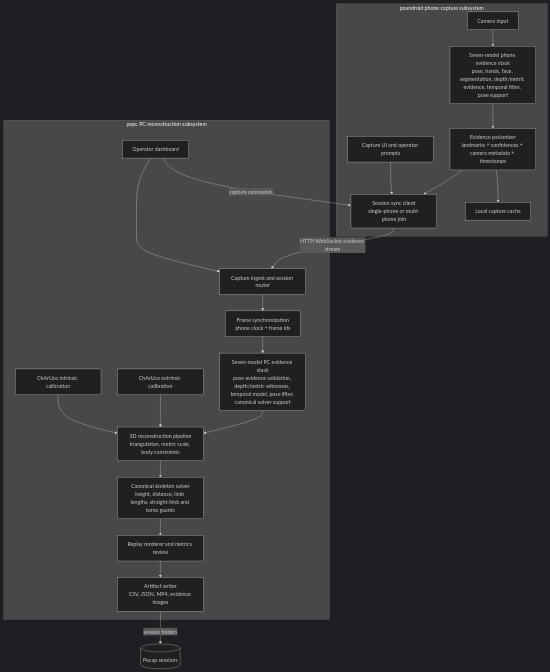
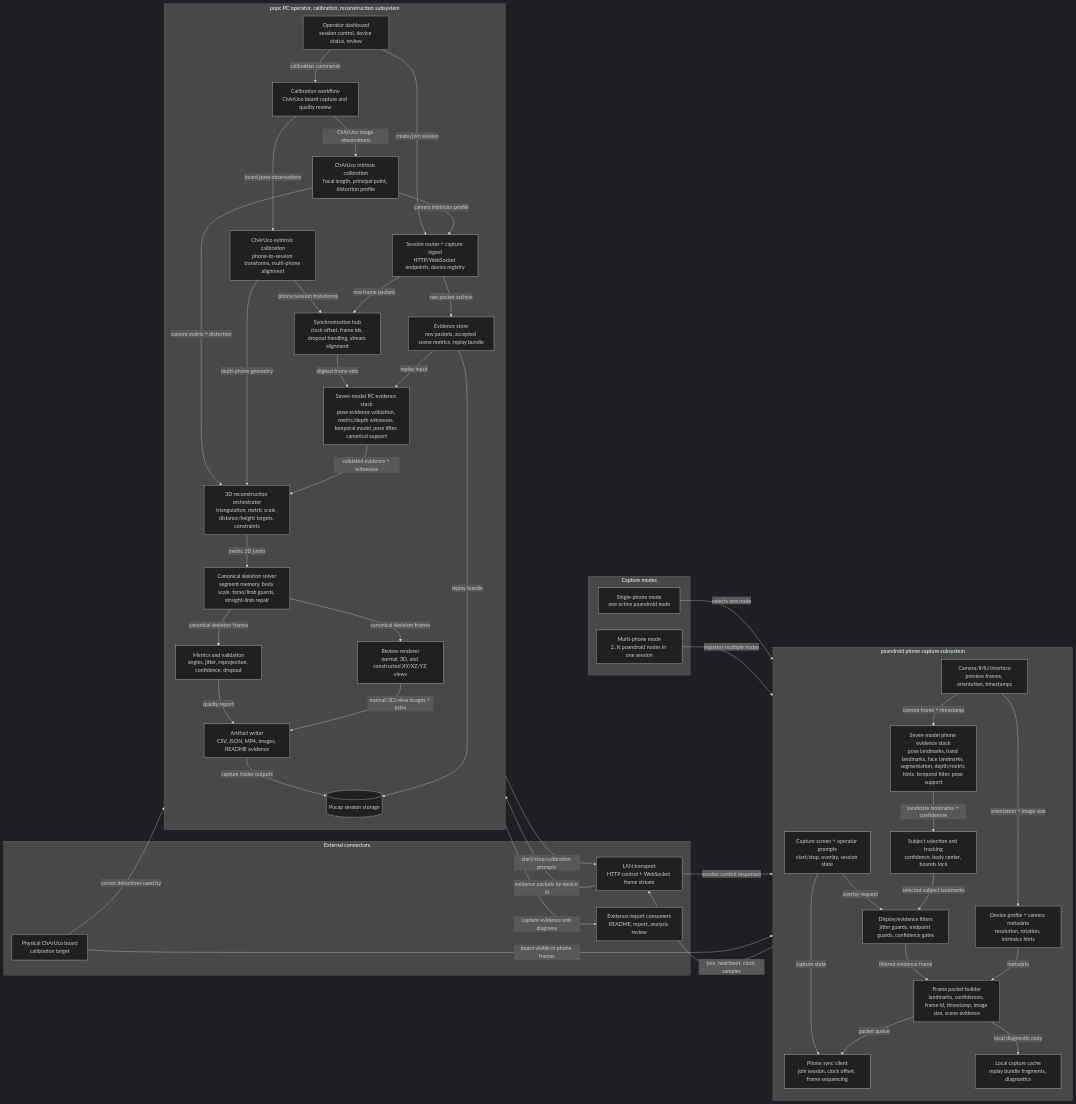
One commit to dngphuc05/poandroid changed the diagram in docs/diagrams/component_connector_diagram.mmd. Above: the diagram before and after it, drawn with Mermaid (dark theme).

Commit message:
docs: detail component connector diagram

```diff
--- a/docs/diagrams/component_connector_diagram.mmd
+++ b/docs/diagrams/component_connector_diagram.mmd
@@ -1,40 +1,87 @@
-flowchart TB
-  subgraph POA["poandroid phone capture subsystem"]
-    Cam["Camera input"]
-    CaptureUI["Capture UI and operator prompts"]
-    Landmark["Seven-model phone evidence stack\npose, hands, face, segmentation, depth/metric evidence, temporal filter, pose support"]
-    Packetizer["Evidence packetizer\nlandmarks + confidences + camera metadata + timestamps"]
-    SyncClient["Session sync client\nsingle-phone or multi-phone join"]
-    LocalStore["Local capture cache"]
-    Cam --> Landmark
-    CaptureUI --> SyncClient
-    Landmark --> Packetizer
-    Packetizer --> SyncClient
-    Packetizer --> LocalStore
+flowchart LR
+  %% Component-and-connector diagram for Pocket Mocap.
+  %% Two subsystems are shown explicitly: poandroid capture nodes and popc PC reconstruction.
+
+  subgraph MODE["Capture modes"]
+    Single["Single-phone mode\none active poandroid node"]
+    Multi["Multi-phone mode\n2..N poandroid nodes in one session"]
   end
 
-  subgraph POPC["popc PC reconstruction subsystem"]
-    Operator["Operator dashboard"]
-    Ingest["Capture ingest and session router"]
-    Sync["Frame synchronization\nphone clock + frame ids"]
-    Intrinsic["ChArUco intrinsic calibration"]
-    Extrinsic["ChArUco extrinsic calibration"]
-    ML["Seven-model PC evidence stack\npose evidence validation, depth/metric witnesses, temporal model, pose lifter, canonical solver support"]
-    Reconstruct["3D reconstruction pipeline\ntriangulation, metric scale, body constraints"]
-    Canonical["Canonical skeleton solver\nheight, distance, limb lengths, straight-limb and torso guards"]
-    Review["Replay renderer and metrics review"]
-    Artifact["Artifact writer\nCSV, JSON, MP4, evidence images"]
-    Operator --> Ingest
-    Ingest --> Sync
-    Intrinsic --> Reconstruct
-    Extrinsic --> Reconstruct
-    Sync --> ML
-    ML --> Reconstruct
-    Reconstruct --> Canonical
-    Canonical --> Review
-    Review --> Artifact
+  subgraph POA["poandroid phone capture subsystem"]
+    direction TB
+    CamHAL["Camera/IMU interface\npreview frames, orientation, timestamps"]
+    CaptureUI["Capture screen + operator prompts\nstart/stop, overlay, session state"]
+    DeviceProfile["Device profile + camera metadata\nresolution, rotation, intrinsics hints"]
+    PhoneML["Seven-model phone evidence stack\npose landmarks, hand landmarks, face landmarks, segmentation, depth/metric hints, temporal filter, pose support"]
+    SubjectLock["Subject selection and tracking\nconfidence, body center, bounds lock"]
+    OverlayFilter["Display/evidence filters\njitter guards, endpoint guards, confidence gates"]
+    FrameBuilder["Frame packet builder\nlandmarks, confidences, frame id, timestamp, image size, scene evidence"]
+    PhoneSync["Phone sync client\njoin session, clock offset, frame sequencing"]
+    PhoneCache["Local capture cache\nreplay bundle fragments, diagnostics"]
+
+    CamHAL -->|camera frame + timestamp| PhoneML
+    CamHAL -->|orientation + image size| DeviceProfile
+    DeviceProfile -->|metadata| FrameBuilder
+    CaptureUI -->|capture state| PhoneSync
+    CaptureUI -->|overlay request| OverlayFilter
+    PhoneML -->|candidate landmarks + confidences| SubjectLock
+    SubjectLock -->|selected subject landmarks| OverlayFilter
+    OverlayFilter -->|filtered evidence frame| FrameBuilder
+    FrameBuilder -->|packet queue| PhoneSync
+    FrameBuilder -->|local diagnostic copy| PhoneCache
   end
 
-  SyncClient -->|HTTP/WebSocket evidence stream| Ingest
-  Operator -->|capture commands| SyncClient
-  Artifact -->|session folders| Session[("Pocap sessions")]
+  subgraph POPC["popc PC operator, calibration, reconstruction subsystem"]
+    direction TB
+    Operator["Operator dashboard\nsession control, device status, review"]
+    SessionRouter["Session router + capture ingest\nHTTP/WebSocket endpoints, device registry"]
+    SyncHub["Synchronization hub\nclock offset, frame ids, dropout handling, stream alignment"]
+    CalibUI["Calibration workflow\nChArUco board capture and quality review"]
+    Intrinsic["ChArUco intrinsic calibration\nfocal length, principal point, distortion profile"]
+    Extrinsic["ChArUco extrinsic calibration\nphone-to-session transforms, multi-phone alignment"]
+    EvidenceStore["Evidence store\nraw packets, accepted scene metrics, replay bundle"]
+    PCML["Seven-model PC evidence stack\npose evidence validation, metric/depth witnesses, temporal model, pose lifter, canonical support"]
+    Recon["3D reconstruction orchestrator\ntriangulation, metric scale, distance/height targets, constraints"]
+    Canonical["Canonical skeleton solver\nsegment memory, body scale, torso/limb guards, straight-limb repair"]
+    Metrics["Metrics and validation\nangles, jitter, reprojection, confidence, dropout"]
+    Review["Review renderer\nnormal, 3D, and constructed XY/XZ/YZ views"]
+    Artifact["Artifact writer\nCSV, JSON, MP4, images, README evidence"]
+    SessionDisk[("Pocap session storage")]
+
+    Operator -->|create/join session| SessionRouter
+    Operator -->|calibration commands| CalibUI
+    CalibUI -->|ChArUco image observations| Intrinsic
+    CalibUI -->|board pose observations| Extrinsic
+    Intrinsic -->|camera intrinsics profile| SessionRouter
+    Intrinsic -->|camera matrix + distortion| Recon
+    Extrinsic -->|phone/session transforms| SyncHub
+    Extrinsic -->|multi-phone geometry| Recon
+    SessionRouter -->|raw frame packets| SyncHub
+    SessionRouter -->|raw packet archive| EvidenceStore
+    SyncHub -->|aligned frame sets| PCML
+    EvidenceStore -->|replay input| PCML
+    PCML -->|validated evidence + witnesses| Recon
+    Recon -->|metric 3D joints| Canonical
+    Canonical -->|canonical skeleton frames| Metrics
+    Canonical -->|canonical skeleton frames| Review
+    Metrics -->|quality report| Artifact
+    Review -->|normal/3D/view images + MP4| Artifact
+    Artifact -->|capture folder outputs| SessionDisk
+    EvidenceStore -->|replay bundle| SessionDisk
+  end
+
+  subgraph CONNECTORS["External connectors"]
+    WiFi["LAN transport\nHTTP control + WebSocket frame stream"]
+    Charuco["Physical ChArUco board\ncalibration target"]
+    Files["Evidence/report consumers\nREADME, report, analysis review"]
+  end
+
+  Single -->|selects one node| PhoneSync
+  Multi -->|registers multiple nodes| PhoneSync
+  PhoneSync -->|join, heartbeat, clock samples| WiFi
+  WiFi -->|session control responses| PhoneSync
+  WiFi -->|evidence packets by device id| SessionRouter
+  Operator -->|start/stop/calibration prompts| WiFi
+  Charuco -->|board visible in phone frames| CamHAL
+  Charuco -->|corner detections used by| CalibUI
+  SessionDisk -->|capture evidence and diagrams| Files
```
